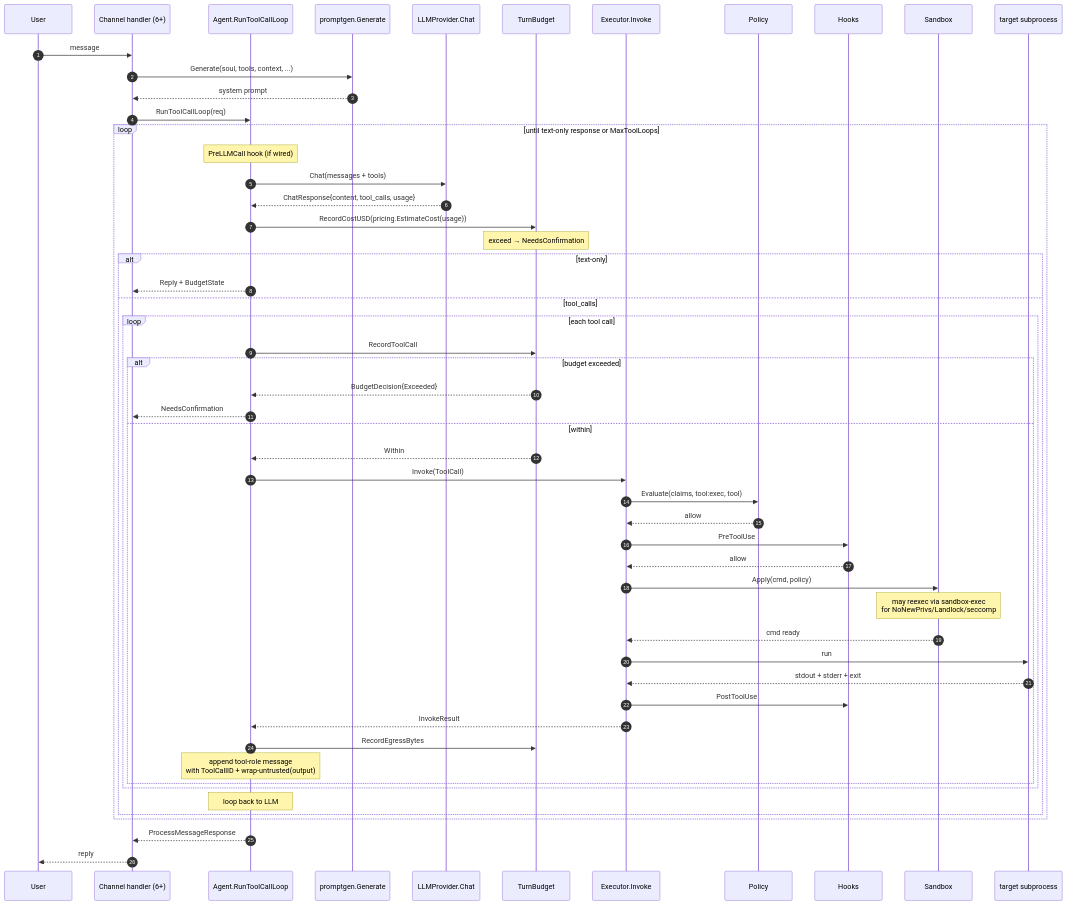
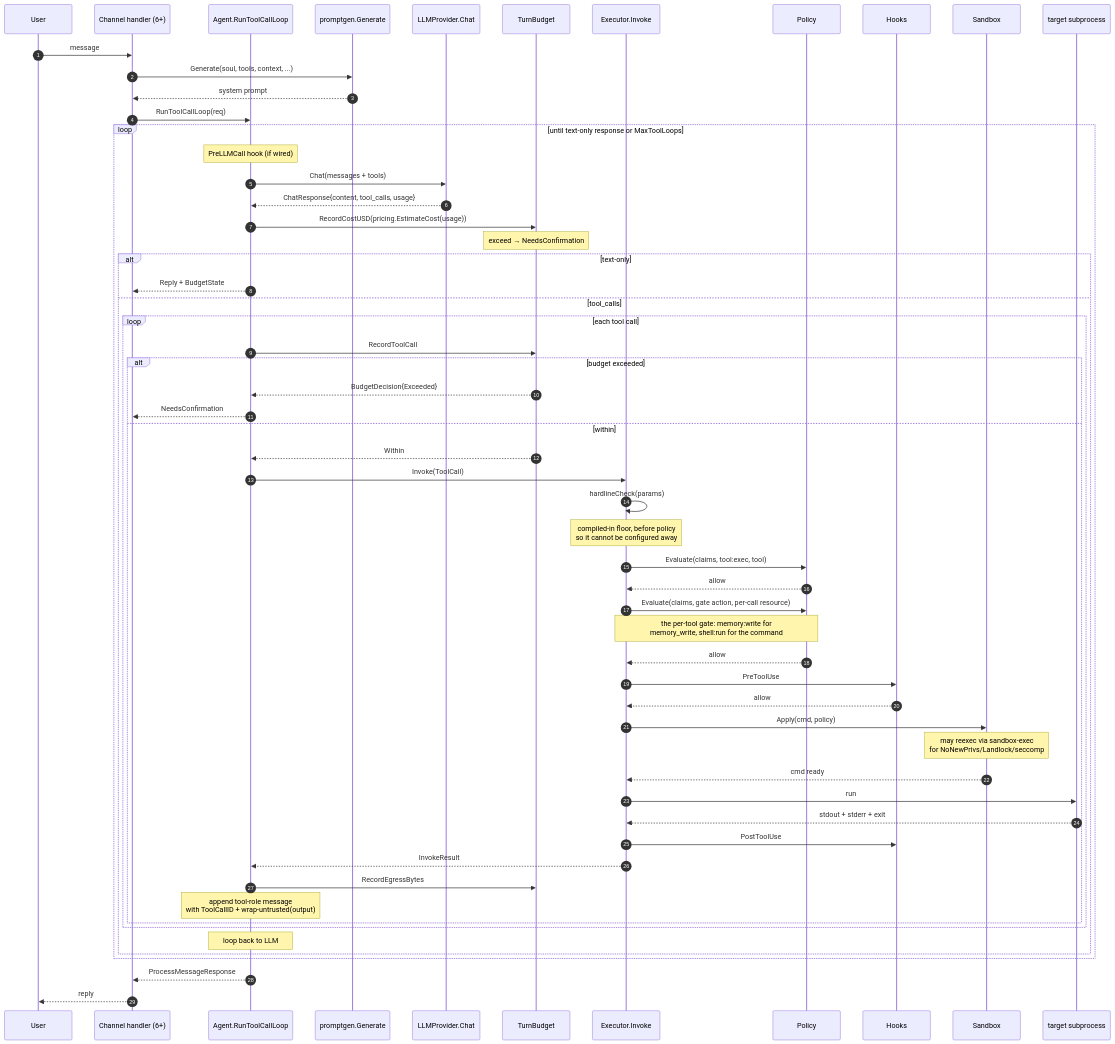
Before and after one commit to Sheardo/lobslaw: the third of 3 diagrams in docs/dev/AGENT.md, drawn with Mermaid. The commit also changed 30 other files, not shown here.

````diff
--- a/docs/dev/AGENT.md
+++ b/docs/dev/AGENT.md
@@ -81,60 +81,65 @@
 ```mermaid
 sequenceDiagram
   autonumber
   participant User
   participant Channel as Channel handler (6+)
   participant Agent as Agent.RunToolCallLoop
   participant PG as promptgen.Generate
   participant LLM as LLMProvider.Chat
   participant Budget as TurnBudget
   participant Exec as Executor.Invoke
   participant Policy
   participant Hooks
   participant Sandbox
   participant Tool as target subprocess
 
   User->>Channel: message
   Channel->>PG: Generate(soul, tools, context, ...)
   PG-->>Channel: system prompt
   Channel->>Agent: RunToolCallLoop(req)
 
   loop until text-only response or MaxToolLoops
     Note over Agent: PreLLMCall hook (if wired)
     Agent->>LLM: Chat(messages + tools)
     LLM-->>Agent: ChatResponse{content, tool_calls, usage}
     Agent->>Budget: RecordCostUSD(pricing.EstimateCost(usage))
     Note over Budget: exceed → NeedsConfirmation
 
     alt text-only
       Agent-->>Channel: Reply + BudgetState
     else tool_calls
       loop each tool call
         Agent->>Budget: RecordToolCall
         alt budget exceeded
           Budget-->>Agent: BudgetDecision{Exceeded}
           Agent-->>Channel: NeedsConfirmation
         else within
           Budget-->>Agent: Within
           Agent->>Exec: Invoke(ToolCall)
+          Exec->>Exec: hardlineCheck(params)
+          Note over Exec: compiled-in floor, before policy<br/>so it cannot be configured away
           Exec->>Policy: Evaluate(claims, tool:exec, tool)
+          Policy-->>Exec: allow
+          Exec->>Policy: Evaluate(claims, gate action, per-call resource)
+          Note over Exec,Policy: the per-tool gate: memory:write for<br/>memory_write, shell:run for the command
           Policy-->>Exec: allow
           Exec->>Hooks: PreToolUse
           Hooks-->>Exec: allow
           Exec->>Sandbox: Apply(cmd, policy)
           Note over Sandbox: may reexec via sandbox-exec<br/>for NoNewPrivs/Landlock/seccomp
           Sandbox-->>Exec: cmd ready
           Exec->>Tool: run
           Tool-->>Exec: stdout + stderr + exit
           Exec->>Hooks: PostToolUse
           Exec-->>Agent: InvokeResult
           Agent->>Budget: RecordEgressBytes
           Note over Agent: append tool-role message<br/>with ToolCallID + wrap-untrusted(output)
         end
       end
       Note over Agent: loop back to LLM
     end
   end
 
   Agent-->>Channel: ProcessMessageResponse
   Channel-->>User: reply
 ```
````
